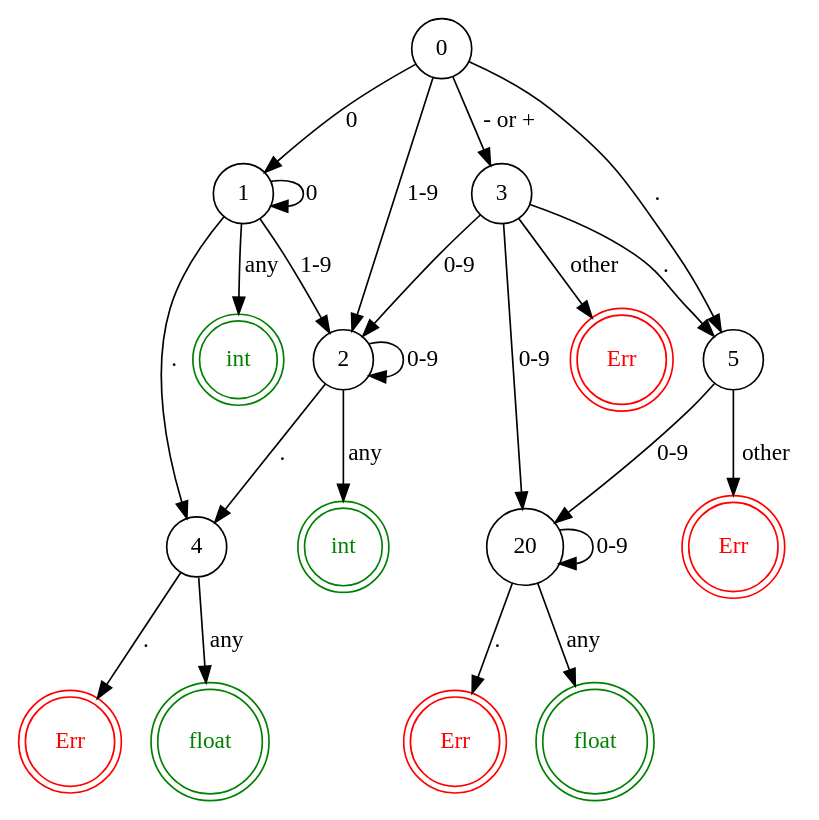
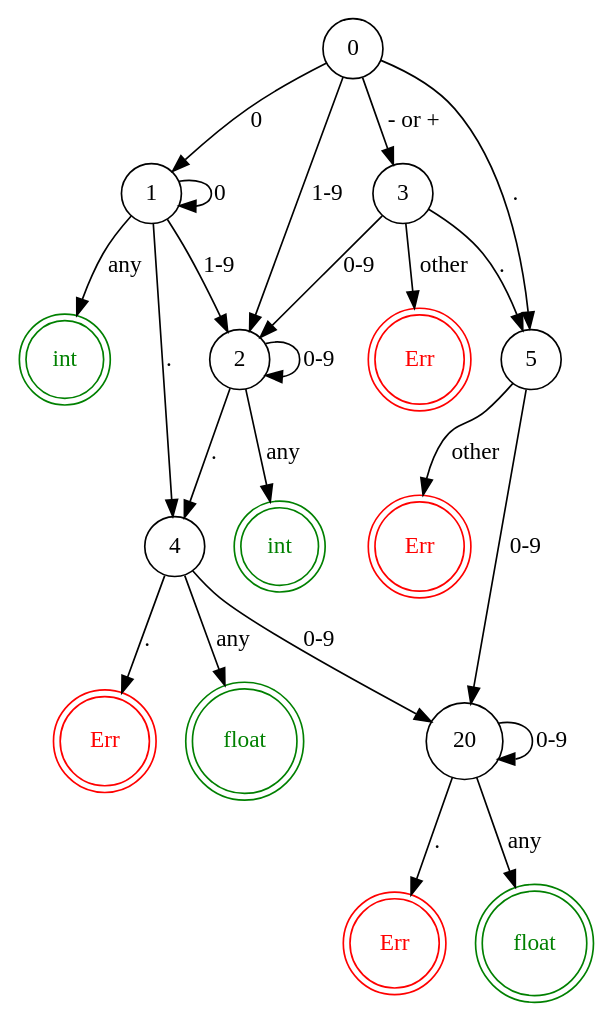
The diagram in 编译原理/static/dot/number-sm.dot (rskmin/Study), drawn with Graphviz before and after one commit. The commit also changed 33 other files, not shown here.

```diff
--- a/编译原理/static/dot/number-sm.dot
+++ b/编译原理/static/dot/number-sm.dot
@@ -1,57 +1,57 @@
 // 数字状态机
 digraph NumberSm {
   // 全局样式
   node [shape=circle]
   // 状态样式
   node0 [label=0]
   node1 [label=1]
   node2 [label=2]
   node3 [label=3]
   node4 [label=4]
   node5 [label=5]
   node20 [label=20]
   nodeint1 [label=int, peripheries=2, color=green, fontcolor=green]
   nodeint2 [label=int, peripheries=2, color=green, fontcolor=green]
   nodeErr1 [label=Err, peripheries=2, color=red, fontcolor=red]
   nodeErr2 [label=Err, peripheries=2, color=red, fontcolor=red]
   nodeErr3 [label=Err, peripheries=2, color=red, fontcolor=red]
   nodeErr4 [label=Err, peripheries=2, color=red, fontcolor=red]
   nodefloat1 [label=float, peripheries=2, color=green, fontcolor=green]
   nodefloat2 [label=float, peripheries=2, color=green, fontcolor=green]
 
   // 0 ->
   node0 -> node1 [label="0"]
   node0 -> node2 [label="1-9"]
   node0 -> node3 [label="- or +"]
   node0 -> node5 [label="."]
 
   // 1 ->
   node1 -> node1 [label="0"]
   node1 -> nodeint1 [label="any"]
   node1 -> node4 [label="."]
   node1 -> node2 [label="1-9"]
 
   // 3 ->
   node3 -> node2 [label="0-9"]
   node3 -> nodeErr1 [label="other"]
   node3 -> node5 [label="."]
 
   // 2 ->
   node2 -> node2 [label="0-9"]
   node2 -> node4 [label="."]
   node2 -> nodeint2 [label="any"]
 
   // 5 ->
   node5 -> nodeErr2 [label="other"]
   node5 -> node20 [label="0-9"]
   
   // 4 ->
   node4 -> nodeErr3 [label="."]
   node4 -> nodefloat1 [label="any"]
-  node3 -> node20 [label="0-9"]
+  node4 -> node20 [label="0-9"]
 
   // 20 ->
   node20 -> node20 [label="0-9"]
   node20 -> nodefloat2 [label="any"]
   node20 -> nodeErr4 [label="."]
 }
```
